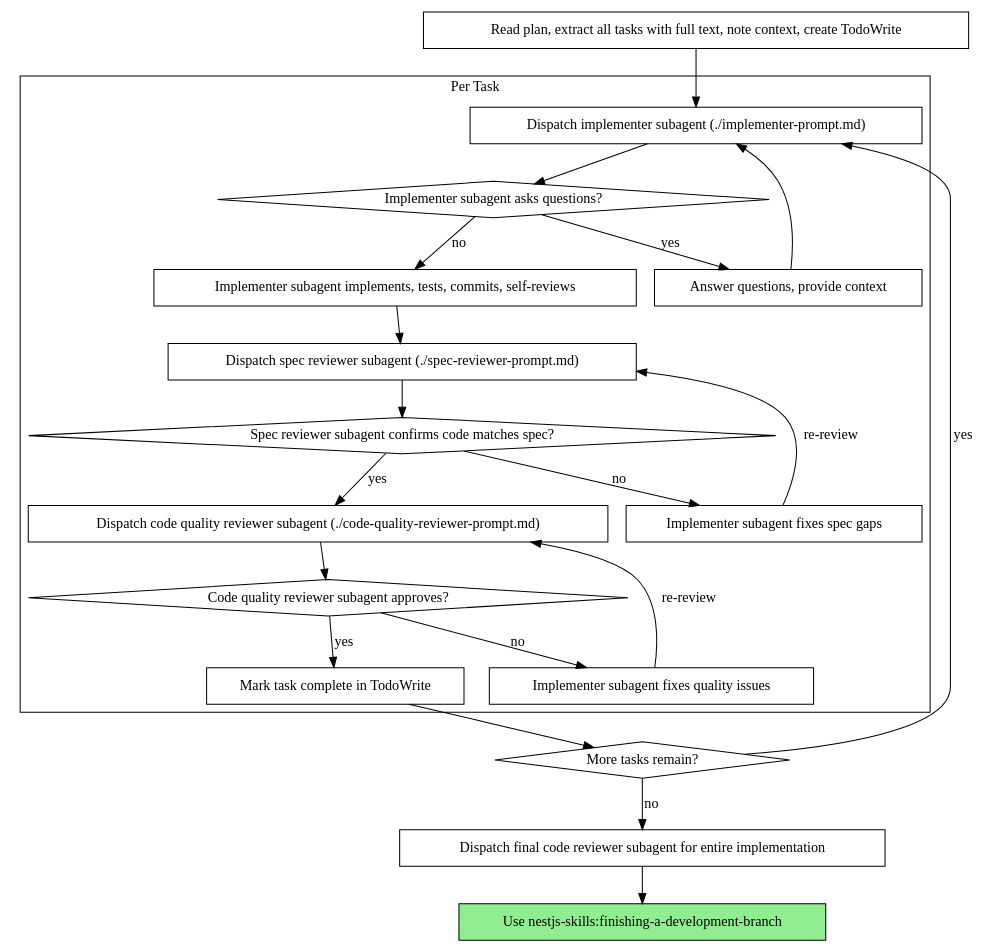
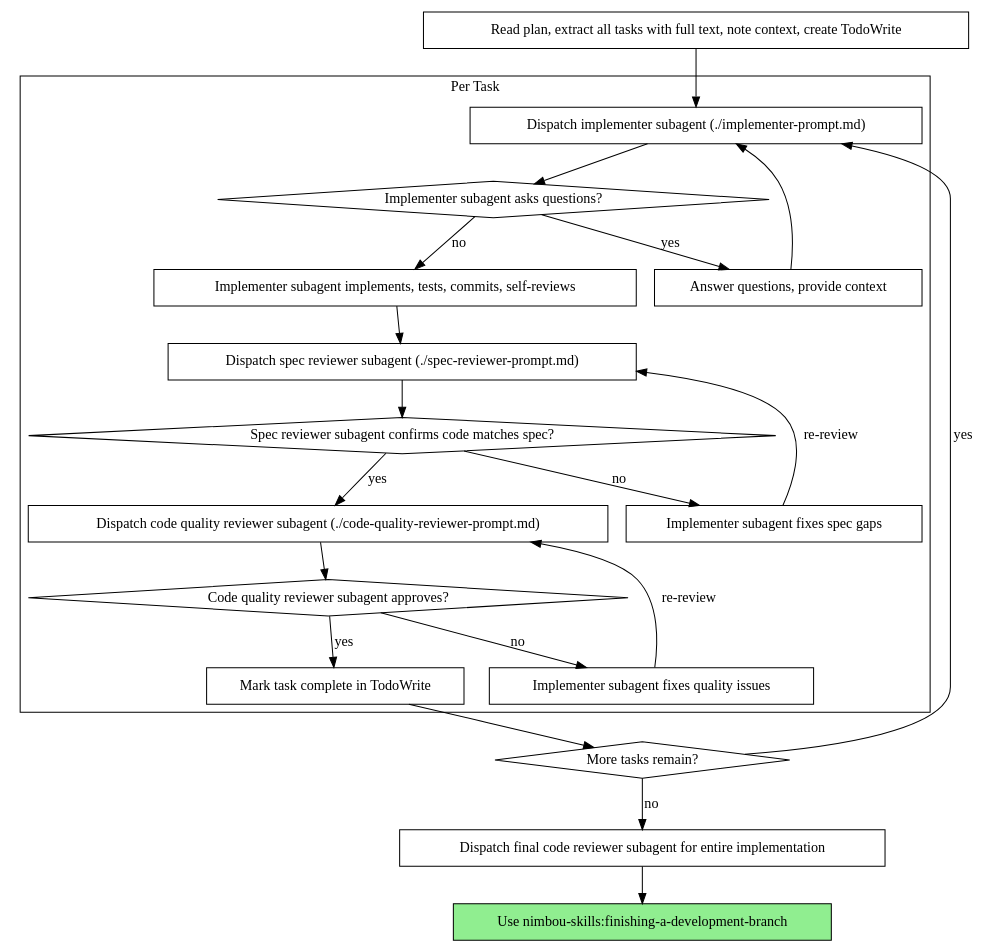
Before and after one commit to sneverton/nimbou-skills: the second of 2 diagrams in skills/subagent-driven-development/SKILL.md, drawn with Graphviz. The commit also changed other lines of this file and 27 other files, not shown here.

Commit message:
Rename project to nimbou-skills

````diff
--- a/skills/subagent-driven-development/SKILL.md
+++ b/skills/subagent-driven-development/SKILL.md
@@ -42,44 +42,44 @@
 ```dot
 digraph process {
     rankdir=TB;
 
     subgraph cluster_per_task {
         label="Per Task";
         "Dispatch implementer subagent (./implementer-prompt.md)" [shape=box];
         "Implementer subagent asks questions?" [shape=diamond];
         "Answer questions, provide context" [shape=box];
         "Implementer subagent implements, tests, commits, self-reviews" [shape=box];
         "Dispatch spec reviewer subagent (./spec-reviewer-prompt.md)" [shape=box];
         "Spec reviewer subagent confirms code matches spec?" [shape=diamond];
         "Implementer subagent fixes spec gaps" [shape=box];
         "Dispatch code quality reviewer subagent (./code-quality-reviewer-prompt.md)" [shape=box];
         "Code quality reviewer subagent approves?" [shape=diamond];
         "Implementer subagent fixes quality issues" [shape=box];
         "Mark task complete in TodoWrite" [shape=box];
     }
 
     "Read plan, extract all tasks with full text, note context, create TodoWrite" [shape=box];
     "More tasks remain?" [shape=diamond];
     "Dispatch final code reviewer subagent for entire implementation" [shape=box];
-    "Use nestjs-skills:finishing-a-development-branch" [shape=box style=filled fillcolor=lightgreen];
+    "Use nimbou-skills:finishing-a-development-branch" [shape=box style=filled fillcolor=lightgreen];
 
     "Read plan, extract all tasks with full text, note context, create TodoWrite" -> "Dispatch implementer subagent (./implementer-prompt.md)";
     "Dispatch implementer subagent (./implementer-prompt.md)" -> "Implementer subagent asks questions?";
     "Implementer subagent asks questions?" -> "Answer questions, provide context" [label="yes"];
     "Answer questions, provide context" -> "Dispatch implementer subagent (./implementer-prompt.md)";
     "Implementer subagent asks questions?" -> "Implementer subagent implements, tests, commits, self-reviews" [label="no"];
     "Implementer subagent implements, tests, commits, self-reviews" -> "Dispatch spec reviewer subagent (./spec-reviewer-prompt.md)";
     "Dispatch spec reviewer subagent (./spec-reviewer-prompt.md)" -> "Spec reviewer subagent confirms code matches spec?";
     "Spec reviewer subagent confirms code matches spec?" -> "Implementer subagent fixes spec gaps" [label="no"];
     "Implementer subagent fixes spec gaps" -> "Dispatch spec reviewer subagent (./spec-reviewer-prompt.md)" [label="re-review"];
     "Spec reviewer subagent confirms code matches spec?" -> "Dispatch code quality reviewer subagent (./code-quality-reviewer-prompt.md)" [label="yes"];
     "Dispatch code quality reviewer subagent (./code-quality-reviewer-prompt.md)" -> "Code quality reviewer subagent approves?";
     "Code quality reviewer subagent approves?" -> "Implementer subagent fixes quality issues" [label="no"];
     "Implementer subagent fixes quality issues" -> "Dispatch code quality reviewer subagent (./code-quality-reviewer-prompt.md)" [label="re-review"];
     "Code quality reviewer subagent approves?" -> "Mark task complete in TodoWrite" [label="yes"];
     "Mark task complete in TodoWrite" -> "More tasks remain?";
     "More tasks remain?" -> "Dispatch implementer subagent (./implementer-prompt.md)" [label="yes"];
     "More tasks remain?" -> "Dispatch final code reviewer subagent for entire implementation" [label="no"];
-    "Dispatch final code reviewer subagent for entire implementation" -> "Use nestjs-skills:finishing-a-development-branch";
+    "Dispatch final code reviewer subagent for entire implementation" -> "Use nimbou-skills:finishing-a-development-branch";
 }
 ```
````
